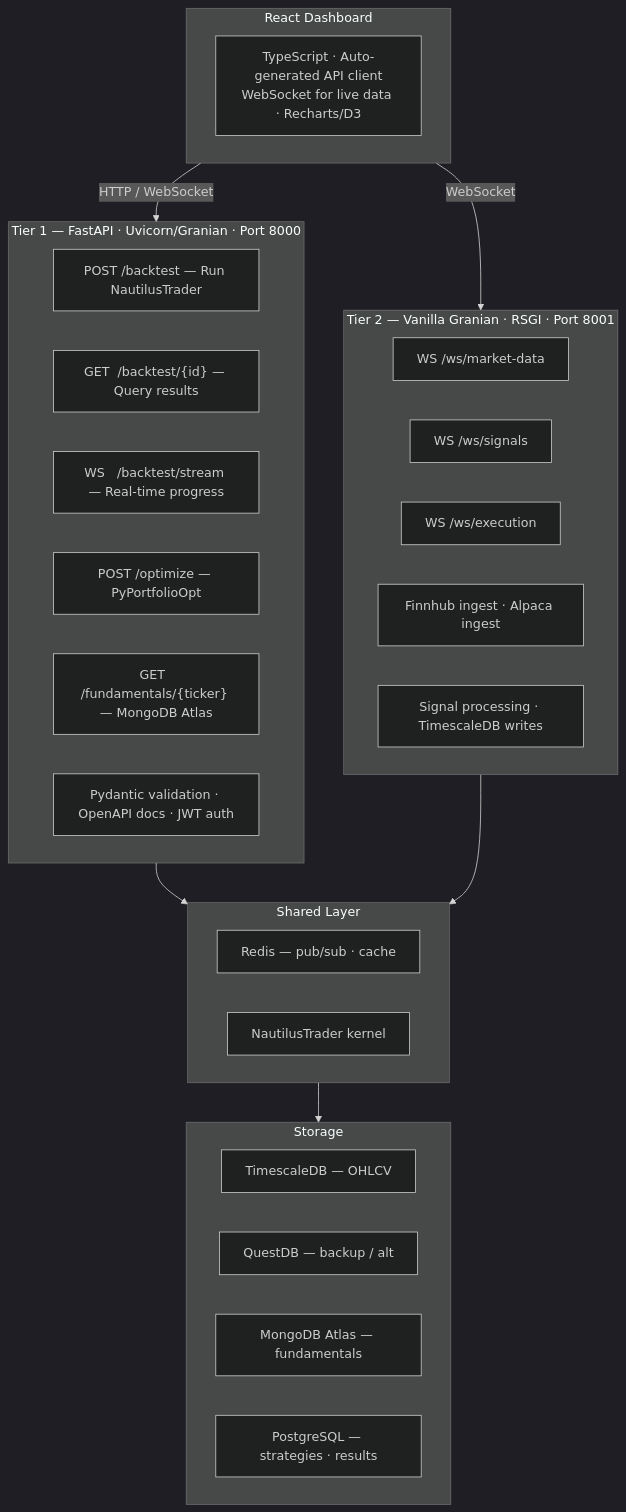
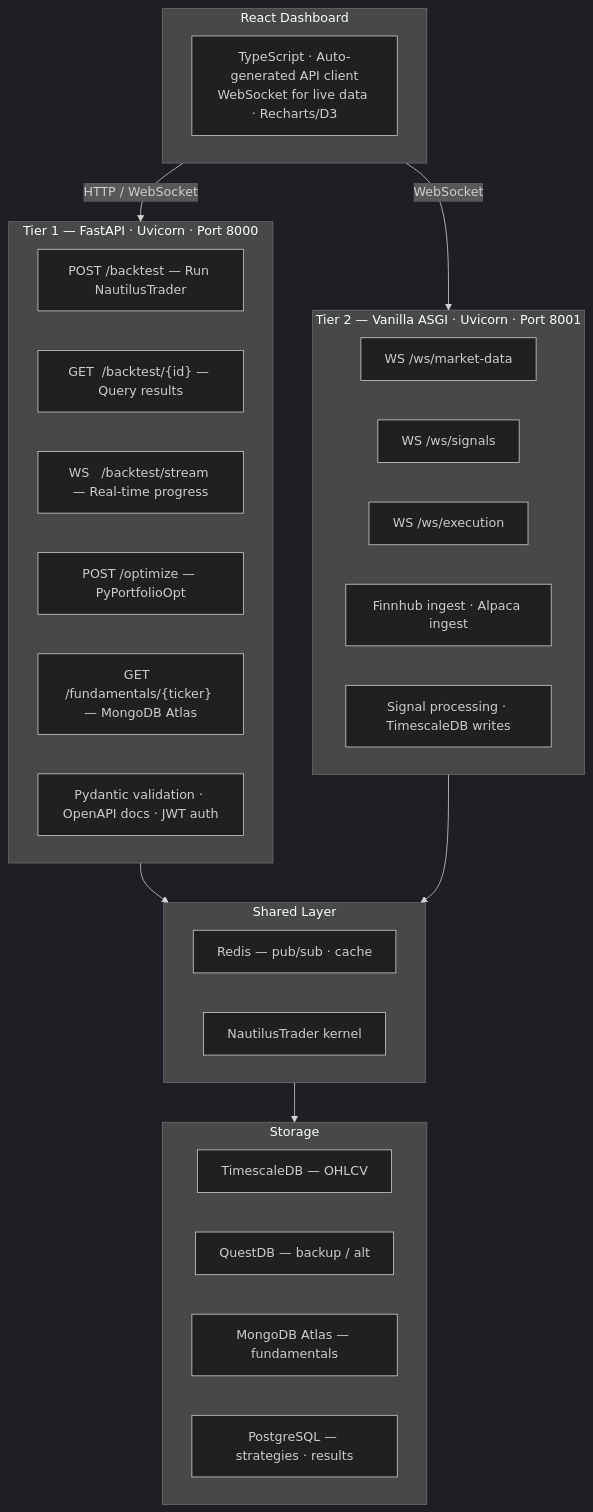
The second of 2 diagrams in asgi_web_server.md (huydhoang/quantlens-docs), drawn with Mermaid (dark theme) before and after one commit. The commit also changed other lines of this file and 1 other file, not shown here.

Commit message:
ckpt: update asgi web server doc

````diff
--- a/asgi_web_server.md
+++ b/asgi_web_server.md
@@ -242,43 +470,43 @@
 ```mermaid
 flowchart TD
     subgraph frontend["React Dashboard"]
         FE["TypeScript · Auto-generated API client\nWebSocket for live data · Recharts/D3"]
     end
 
     frontend -->|HTTP / WebSocket| tier1
     frontend -->|WebSocket| tier2
 
-    subgraph tier1["Tier 1 — FastAPI · Uvicorn/Granian · Port 8000"]
+    subgraph tier1["Tier 1 — FastAPI · Uvicorn · Port 8000"]
         T1A["POST /backtest — Run NautilusTrader"]
         T1B["GET  /backtest/&lbrace;id&rbrace; — Query results"]
         T1C["WS   /backtest/stream — Real-time progress"]
         T1D["POST /optimize — PyPortfolioOpt"]
         T1E["GET  /fundamentals/&lbrace;ticker&rbrace; — MongoDB Atlas"]
         T1F["Pydantic validation · OpenAPI docs · JWT auth"]
     end
 
-    subgraph tier2["Tier 2 — Vanilla Granian · RSGI · Port 8001"]
+    subgraph tier2["Tier 2 — Vanilla ASGI · Uvicorn · Port 8001"]
         T2A["WS /ws/market-data"]
         T2B["WS /ws/signals"]
         T2C["WS /ws/execution"]
         T2D["Finnhub ingest · Alpaca ingest"]
         T2E["Signal processing · TimescaleDB writes"]
     end
 
     tier1 --> shared
     tier2 --> shared
 
     subgraph shared["Shared Layer"]
         SH1["Redis — pub/sub · cache"]
         SH2["NautilusTrader kernel"]
     end
 
     shared --> storage
 
     subgraph storage["Storage"]
         DB1["TimescaleDB — OHLCV"]
         DB2["QuestDB — backup / alt"]
         DB3["MongoDB Atlas — fundamentals"]
         DB4["PostgreSQL — strategies · results"]
     end
 ```
````
